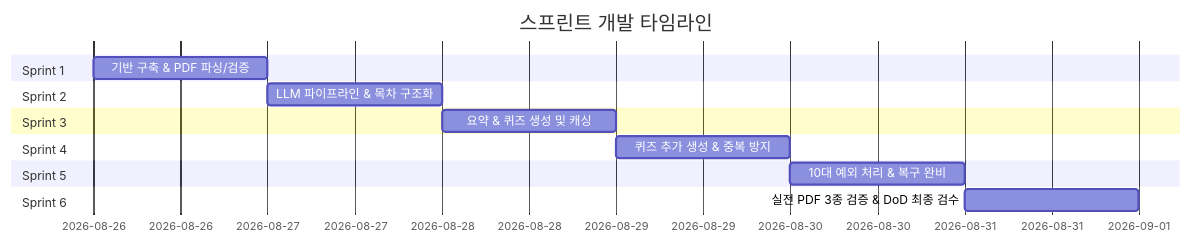
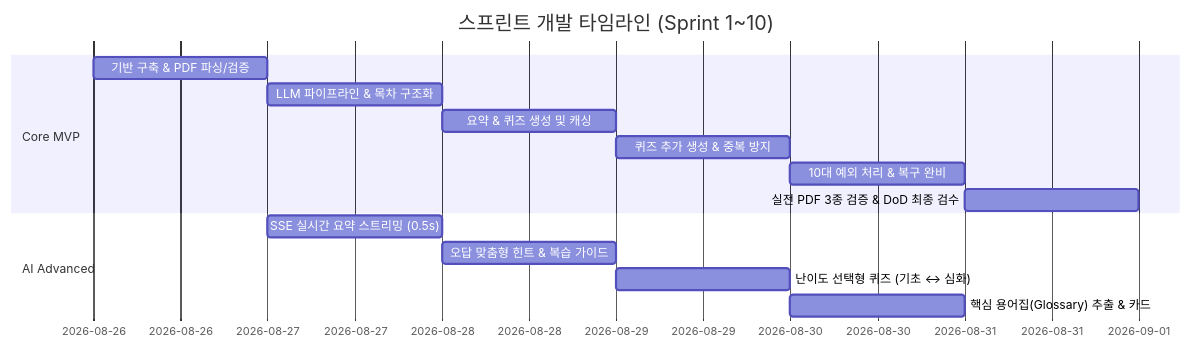
The diagram in docs/DEVELOPMENT_PLAN.md (jun34317388-rgb/zip), drawn with Mermaid before and after one commit. The commit also changed other lines of this file and 7 other files, not shown here.

Commit message:
feat: complete Sprint 10 AI glossary extraction and finalize all sprints 1-10

````diff
--- a/docs/DEVELOPMENT_PLAN.md
+++ b/docs/DEVELOPMENT_PLAN.md
@@ -79,17 +29,17 @@
 ```mermaid
 gantt
-    title 스프린트 개발 타임라인
+    title 스프린트 개발 타임라인 (Sprint 1~10)
     dateFormat  YYYY-MM-DD
-    section Sprint 1
+    section Core MVP
     기반 구축 & PDF 파싱/검증         :s1, 2026-08-26, 1d
-    section Sprint 2
     LLM 파이프라인 & 목차 구조화      :s2, after s1, 1d
-    section Sprint 3
     요약 & 퀴즈 생성 및 캐싱          :s3, after s2, 1d
-    section Sprint 4
     퀴즈 추가 생성 & 중복 방지         :s4, after s3, 1d
-    section Sprint 5
     10대 예외 처리 & 복구 완비        :s5, after s4, 1d
-    section Sprint 6
     실전 PDF 3종 검증 & DoD 최종 검수 :s6, after s5, 1d
+    section AI Advanced
+    SSE 실시간 요약 스트리밍 (0.5s)    :s7, 2026-08-27, 1d
+    오답 맞춤형 힌트 & 복습 가이드     :s8, after s7, 1d
+    난이도 선택형 퀴즈 (기초 ↔ 심화)   :s9, after s8, 1d
+    핵심 용어집(Glossary) 추출 & 카드  :s10, after s9, 1d
 ```
````
